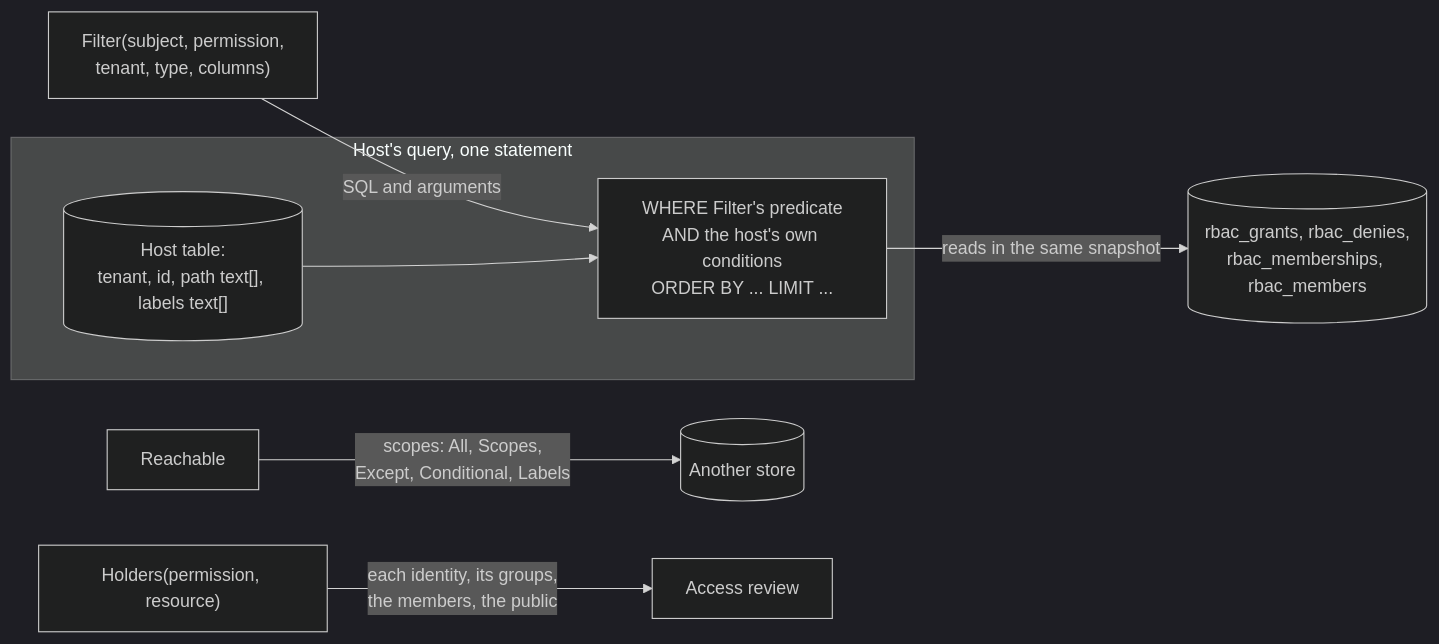
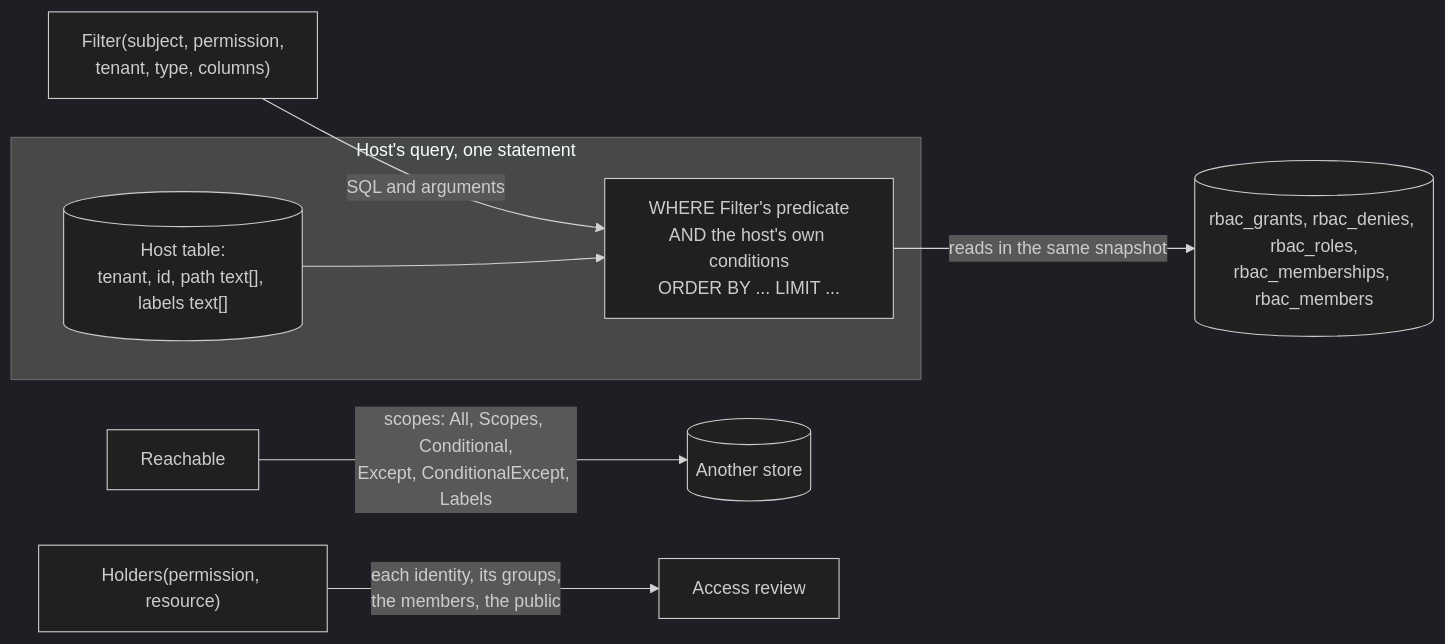
One commit to parallelworks/rbac changed the ninth of 13 diagrams in docs/architecture.md. Above: the diagram before and after it, drawn with Mermaid (dark theme). The commit also changed other lines of this file, not shown here.

Commit message:
docs: review: what each host write asks, how locks can still deadlock, and every other statement as the code does it

````diff
--- a/docs/architecture.md
+++ b/docs/architecture.md
@@ -383,12 +397,12 @@
 ```mermaid
 flowchart LR
     subgraph hostq["Host's query, one statement"]
         rows[("Host table:<br/>tenant, id, path text[], labels text[]")]
         pred["WHERE Filter's predicate<br/>AND the host's own conditions<br/>ORDER BY ... LIMIT ..."]
     end
     filter["Filter(subject, permission,<br/>tenant, type, columns)"] -->|"SQL and arguments"| pred
-    pred -->|"reads in the same snapshot"| g[("rbac_grants, rbac_denies,<br/>rbac_memberships, rbac_members")]
+    pred -->|"reads in the same snapshot"| g[("rbac_grants, rbac_denies, rbac_roles,<br/>rbac_memberships, rbac_members")]
     rows --> pred
-    reach["Reachable"] -->|"scopes: All, Scopes,<br/>Except, Conditional, Labels"| other[("Another store")]
+    reach["Reachable"] -->|"scopes: All, Scopes, Conditional,<br/>Except, ConditionalExcept, Labels"| other[("Another store")]
     holders["Holders(permission, resource)"] -->|"each identity, its groups,<br/>the members, the public"| review["Access review"]
 ```
````
